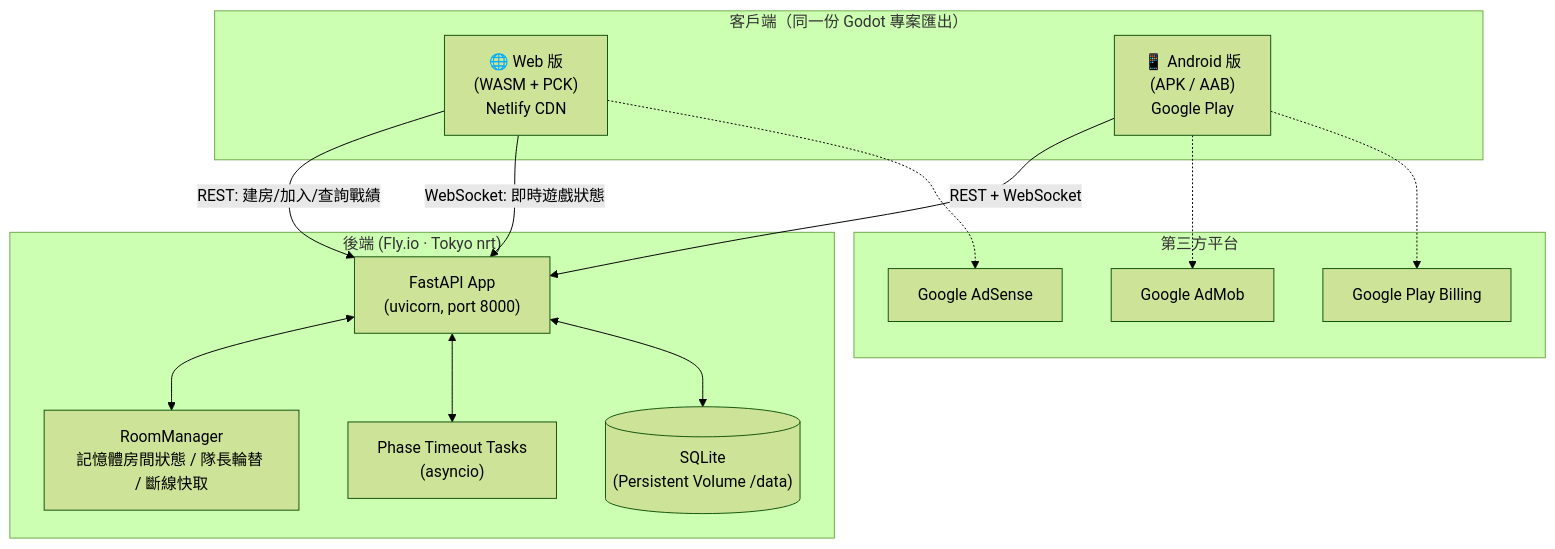
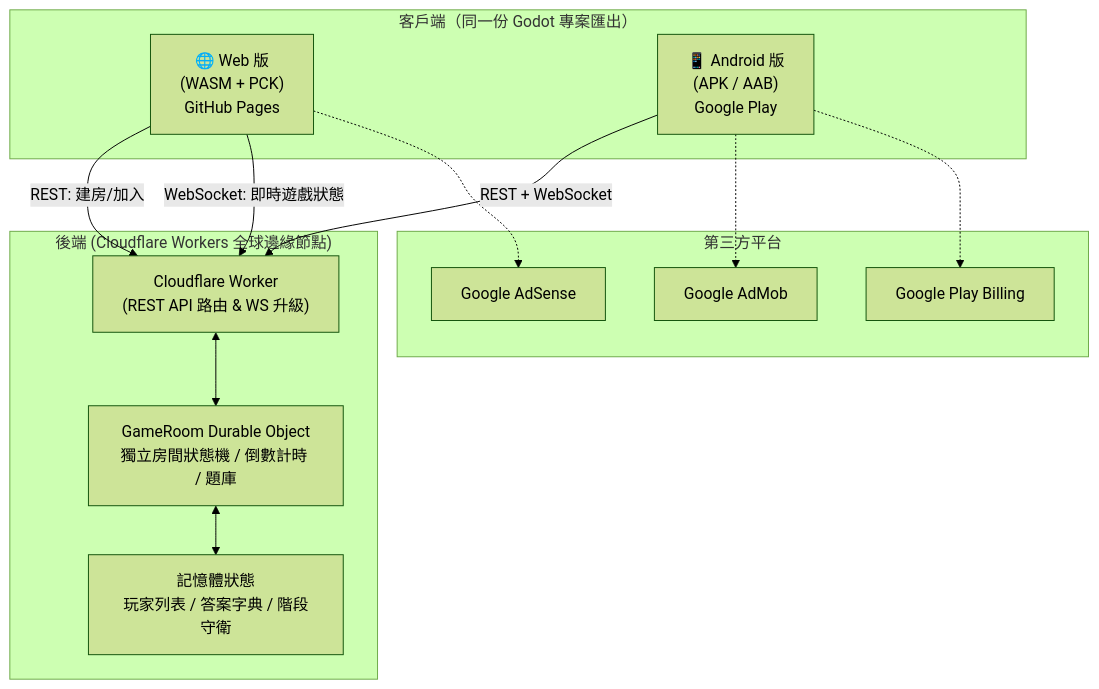
The first of 3 diagrams in PROJECT_SHOWCASE.md (hank92312/Friend-Me), drawn with Mermaid (forest theme) before and after one commit. The commit also changed other lines of this file and 4 other files, not shown here.

First line of the commit message:
docs: 更新專案架構文件以反映 Cloudflare 邊緣架構與 Android V1.4.0

````diff
--- a/PROJECT_SHOWCASE.md
+++ b/PROJECT_SHOWCASE.md
@@ -108,30 +108,28 @@
 ```mermaid
 flowchart TB
     subgraph Clients["客戶端（同一份 Godot 專案匯出）"]
-        Web["🌐 Web 版<br/>(WASM + PCK)<br/>Netlify CDN"]
+        Web["🌐 Web 版<br/>(WASM + PCK)<br/>GitHub Pages"]
         Android["📱 Android 版<br/>(APK / AAB)<br/>Google Play"]
     end
 
-    subgraph Backend["後端 (Fly.io · Tokyo nrt)"]
-        FastAPI["FastAPI App<br/>(uvicorn, port 8000)"]
-        RM["RoomManager<br/>記憶體房間狀態 / 隊長輪替 / 斷線快取"]
-        Timeout["Phase Timeout Tasks<br/>(asyncio)"]
-        DB[("SQLite<br/>(Persistent Volume /data)")]
+    subgraph Backend["後端 (Cloudflare Workers 全球邊緣節點)"]
+        WorkerRouter["Cloudflare Worker<br/>(REST API 路由 & WS 升級)"]
+        DurableObject["GameRoom Durable Object<br/>獨立房間狀態機 / 倒數計時 / 題庫"]
+        MemoryState["記憶體狀態<br/>玩家列表 / 答案字典 / 階段守衛"]
     end
 
     subgraph ThirdParty["第三方平台"]
         AdMob["Google AdMob"]
         AdSense["Google AdSense"]
         Billing["Google Play Billing"]
     end
 
-    Web -- "REST: 建房/加入/查詢戰績" --> FastAPI
-    Web -- "WebSocket: 即時遊戲狀態" --> FastAPI
-    Android -- "REST + WebSocket" --> FastAPI
-    FastAPI <--> RM
-    FastAPI <--> Timeout
-    FastAPI <--> DB
+    Web -- "REST: 建房/加入" --> WorkerRouter
+    Web -- "WebSocket: 即時遊戲狀態" --> WorkerRouter
+    Android -- "REST + WebSocket" --> WorkerRouter
+    WorkerRouter <--> DurableObject
+    DurableObject <--> MemoryState
     Android -.-> AdMob
     Android -.-> Billing
     Web -.-> AdSense
 ```
````
